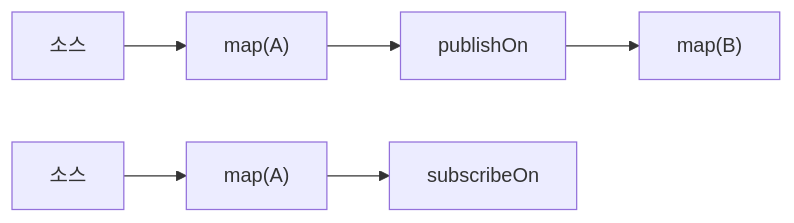
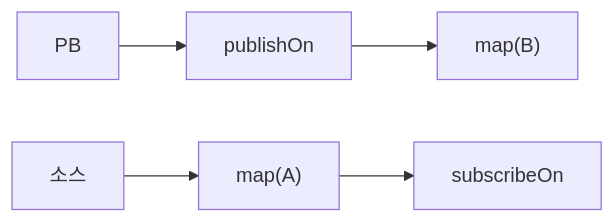
Before and after one commit to yjkim2015/yjkim2015.github.io: the seventh of 9 diagrams in _posts/spring/2026-05-01-spring-webflux.md, drawn with Mermaid. The commit also changed other lines of this file and 149 other files, not shown here.

First line of the commit message:
Mermaid 가독성 개선: 라벨 축약, 노드 축소, TD→LR 변환

````diff
--- a/_posts/spring/2026-05-01-spring-webflux.md
+++ b/_posts/spring/2026-05-01-spring-webflux.md
@@ -435,8 +430,7 @@
 ```mermaid
 graph LR
-    PA["소스"] --> PB["map(A)"]
     PB --> PC["publishOn"]
     PC --> PD["map(B)"]
     SA["소스"] --> SB["map(A)"]
     SB --> SD["subscribeOn"]
 ```
````
